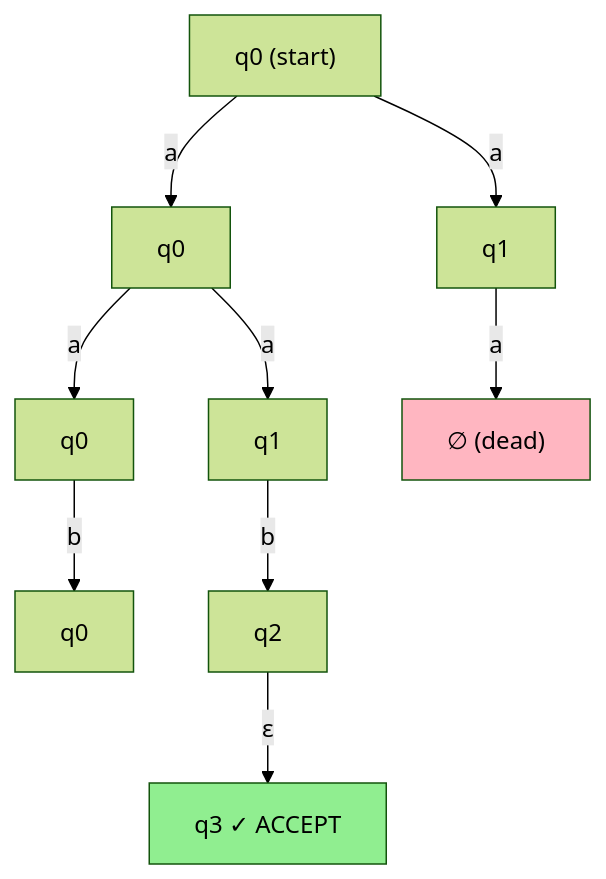
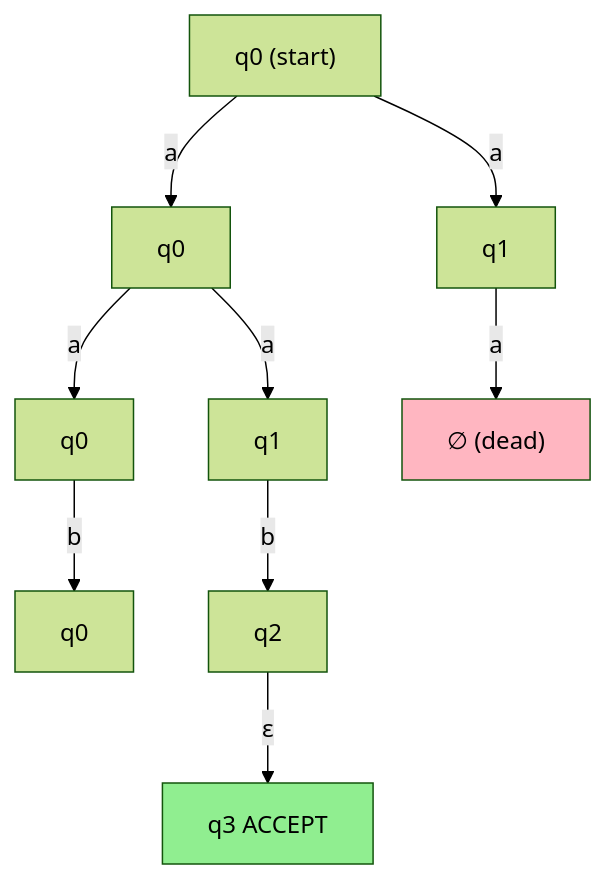
One commit to Vtheonly/Obsidian_Notes changed the fifth of 7 diagrams in Master 1/S2/Complexity and Advanced Algorithms old/old/Course/Chapter 1. Calculability/01 Finite Automata and Regular Languages.md. Above: the diagram before and after it, drawn with Mermaid (forest theme). The commit also changed 148 other files, not shown here.

````diff
--- a/Master 1/S2/Complexity and Advanced Algorithms old/old/Course/Chapter 1. Calculability/01 Finite Automata and Regular Languages.md
+++ b/Master 1/S2/Complexity and Advanced Algorithms old/old/Course/Chapter 1. Calculability/01 Finite Automata and Regular Languages.md
@@ -632,22 +632,22 @@
 ```mermaid
 graph TD
     S0["q0 (start)"]
     S1a["q0"]
     S1b["q1"]
     S2a["q0"]
     S2b["q1"]
     S3a["q0"]
     S3b["q2"]
 
     S0 -->|"a"| S1a
     S0 -->|"a"| S1b
     S1a -->|"a"| S2a
     S1a -->|"a"| S2b
     S1b -->|"a"| dead1["∅ (dead)"]
     S2a -->|"b"| S3a
     S2b -->|"b"| S3b
-    S3b -->|"ε"| S3c["q3 ✓ ACCEPT"]
+    S3b -->|"ε"| S3c["q3  ACCEPT"]
 
     style S3c fill:#90EE90
     style dead1 fill:#FFB6C1
 ```
````
